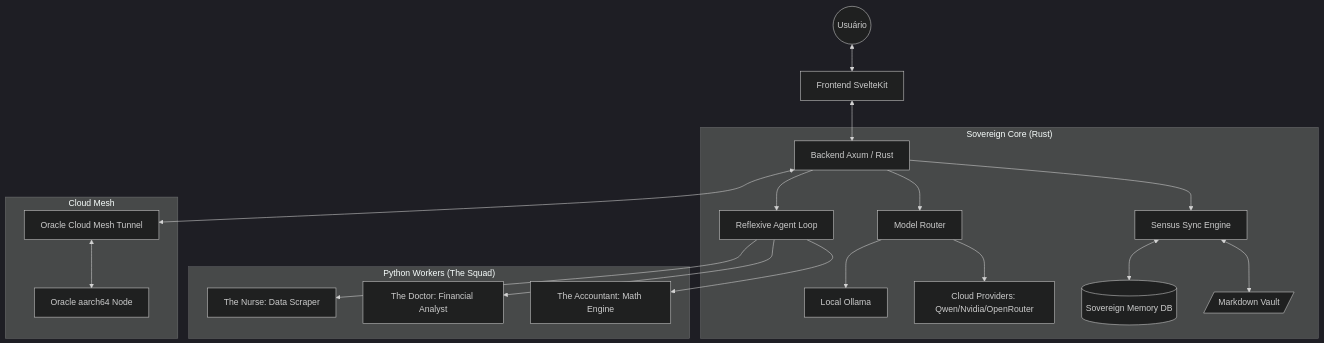
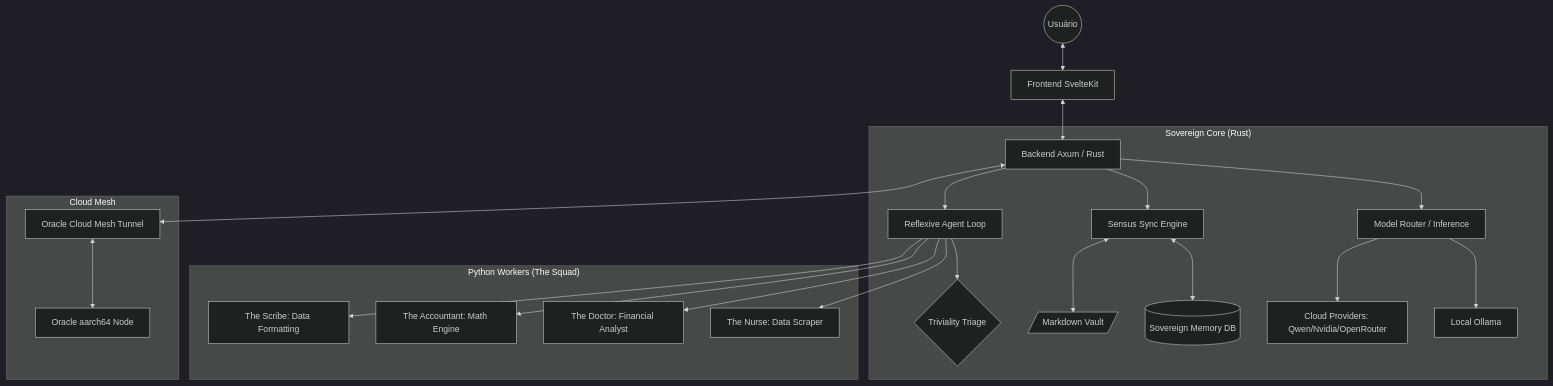
Before and after one commit to personal-digital-sovereignty/sovereign-pair: the first of 2 diagrams in docs/engineering/BLUEPRINT.md, drawn with Mermaid (dark theme). The commit also changed other lines of this file and 12 other files, not shown here.

````diff
--- a/docs/engineering/BLUEPRINT.md
+++ b/docs/engineering/BLUEPRINT.md
@@ -13,28 +13,30 @@
 ```mermaid
 graph TD
     User((Usuário)) <--> Svelte[Frontend SvelteKit]
     Svelte <--> Axum[Backend Axum / Rust]
     
     subgraph "Sovereign Core (Rust)"
-        Axum --> Router[Model Router]
+        Axum --> Router[Model Router / Inference]
         Router --> Ollama[Local Ollama]
         Router --> Cloud[Cloud Providers: Qwen/Nvidia/OpenRouter]
         
         Axum --> Sensus[Sensus Sync Engine]
         Sensus <--> SQLite[(Sovereign Memory DB)]
         Sensus <--> Markdown[/Markdown Vault/]
         
         Axum --> AgentLoop[Reflexive Agent Loop]
+        AgentLoop --> Triage{Triviality Triage}
     end
     
     subgraph "Python Workers (The Squad)"
         AgentLoop --> Nurse[The Nurse: Data Scraper]
         AgentLoop --> Doctor[The Doctor: Financial Analyst]
         AgentLoop --> Accountant[The Accountant: Math Engine]
+        AgentLoop --> Scribe[The Scribe: Data Formatting]
     end
     
     subgraph "Cloud Mesh"
         Axum <--> OCIMesh[Oracle Cloud Mesh Tunnel]
         OCIMesh <--> OCINode[Oracle aarch64 Node]
     end
 ```
````
